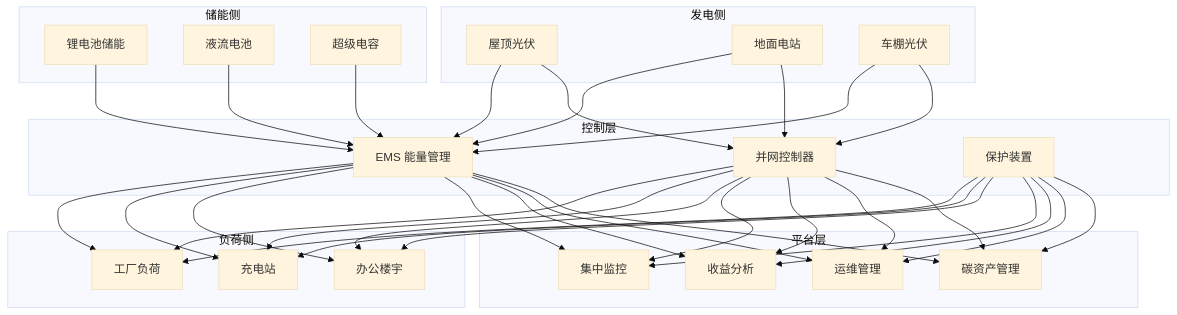
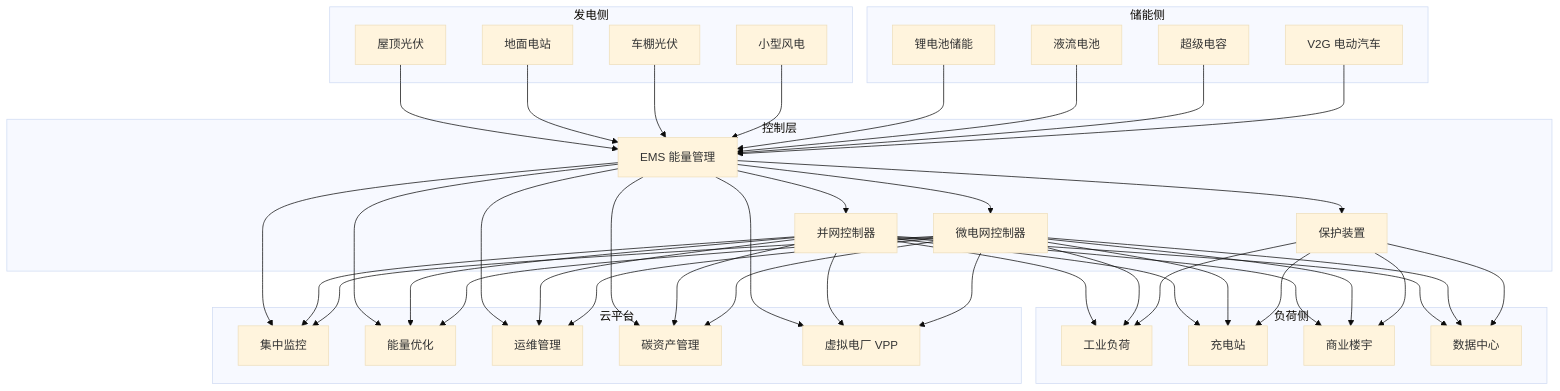
One commit to kudig-io/kudig-database changed the first of 3 diagrams in topic-application-architecture/62-distributed-energy.md. Above: the diagram before and after it, drawn with Mermaid (base theme). The commit also changed other lines of this file and 8633 other files, not shown here.

````diff
--- a/topic-application-architecture/62-distributed-energy.md
+++ b/topic-application-architecture/62-distributed-energy.md
@@ -49,38 +121,44 @@
 ```mermaid
 graph TB
     subgraph 发电侧
         PV1[屋顶光伏]
         PV2[地面电站]
         PV3[车棚光伏]
+        WT[小型风电]
     end
 
     subgraph 储能侧
         B1[锂电池储能]
         B2[液流电池]
         B3[超级电容]
+        EV[V2G 电动汽车]
     end
 
     subgraph 负荷侧
-        L1[工厂负荷]
+        L1[工业负荷]
         L2[充电站]
-        L3[办公楼宇]
+        L3[商业楼宇]
+        L4[数据中心]
     end
 
     subgraph 控制层
         C1[EMS 能量管理]
         C2[并网控制器]
-        C3[保护装置]
+        C3[微电网控制器]
+        C4[保护装置]
     end
 
-    subgraph 平台层
+    subgraph 云平台
         P1[集中监控]
-        P2[收益分析]
+        P2[能量优化]
         P3[运维管理]
         P4[碳资产管理]
+        P5[虚拟电厂 VPP]
     end
 
-    PV1 & PV2 & PV3 --> C1 & C2
-    B1 & B2 & B3 --> C1
-    C1 & C2 & C3 --> L1 & L2 & L3
-    C1 & C2 & C3 --> P1 & P2 & P3 & P4
+    PV1 & PV2 & PV3 & WT --> C1
+    B1 & B2 & B3 & EV --> C1
+    C1 --> C2 & C3 & C4
+    C2 & C3 & C4 --> L1 & L2 & L3 & L4
+    C1 & C2 & C3 --> P1 & P2 & P3 & P4 & P5
 ```
````
